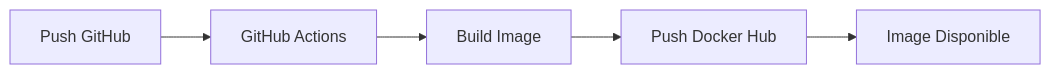
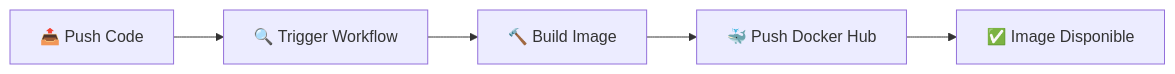
The third of 4 diagrams in README.md (bmo1177/TPDevOps_Dev_apps_mobile), drawn with Mermaid before and after one commit. The commit also changed other lines of this file, not shown here.

````diff
--- a/README.md
+++ b/README.md
@@ -412,7 +466,7 @@
 ```mermaid
 graph LR
-    A[Push GitHub] --> B[GitHub Actions]
-    B --> C[Build Image]
-    C --> D[Push Docker Hub]
-    D --> E[Image Disponible]
+    A[📤 Push Code] --> B[🔍 Trigger Workflow]
+    B --> C[🔨 Build Image]
+    C --> D[🐳 Push Docker Hub]
+    D --> E[✅ Image Disponible]
 ```
````
